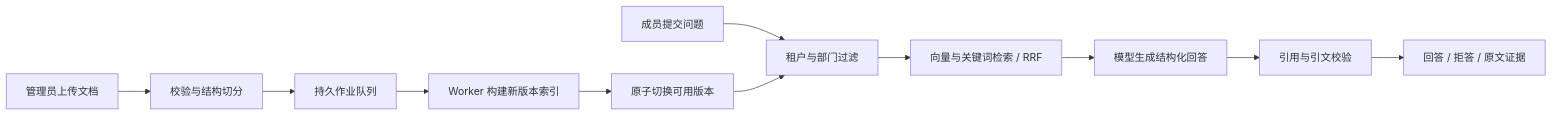
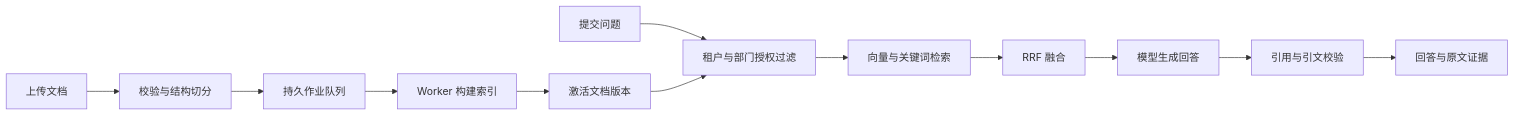
The diagram in README.md (xiaoguos/ops-knowledge-rag), drawn with Mermaid before and after one commit. The commit also changed other lines of this file and 12 other files, not shown here.

````diff
--- a/README.md
+++ b/README.md
@@ -7,13 +32,14 @@
 ```mermaid
 flowchart LR
-    A[管理员上传文档] --> B[校验与结构切分]
+    A[上传文档] --> B[校验与结构切分]
     B --> C[持久作业队列]
-    C --> D[Worker 构建新版本索引]
-    D --> E[原子切换可用版本]
-    U[成员提交问题] --> P[租户与部门过滤]
+    C --> D[Worker 构建索引]
+    D --> E[激活文档版本]
+    U[提交问题] --> P[租户与部门授权过滤]
     E --> P
-    P --> R[向量与关键词检索 / RRF]
-    R --> M[模型生成结构化回答]
+    P --> R[向量与关键词检索]
+    R --> F[RRF 融合]
+    F --> M[模型生成回答]
     M --> V[引用与引文校验]
-    V --> W[回答 / 拒答 / 原文证据]
+    V --> W[回答与原文证据]
 ```
````
